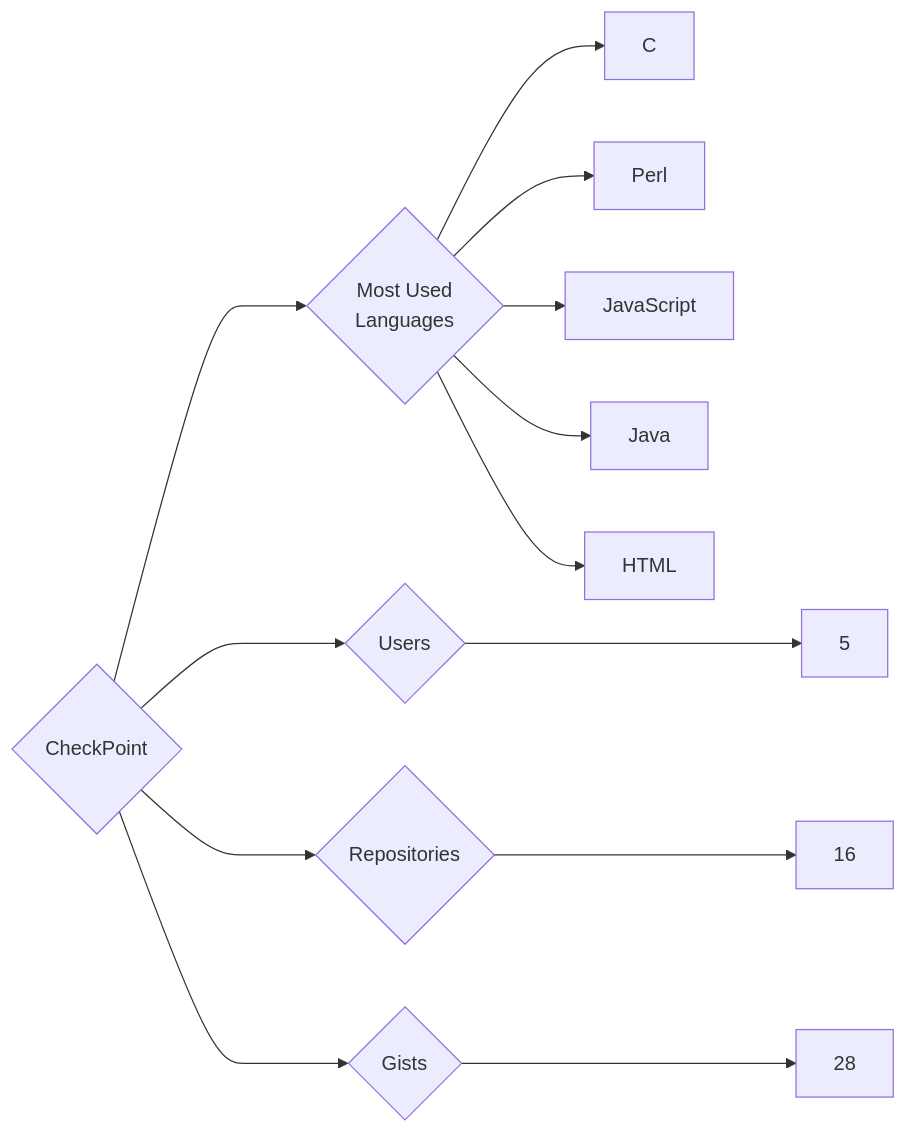
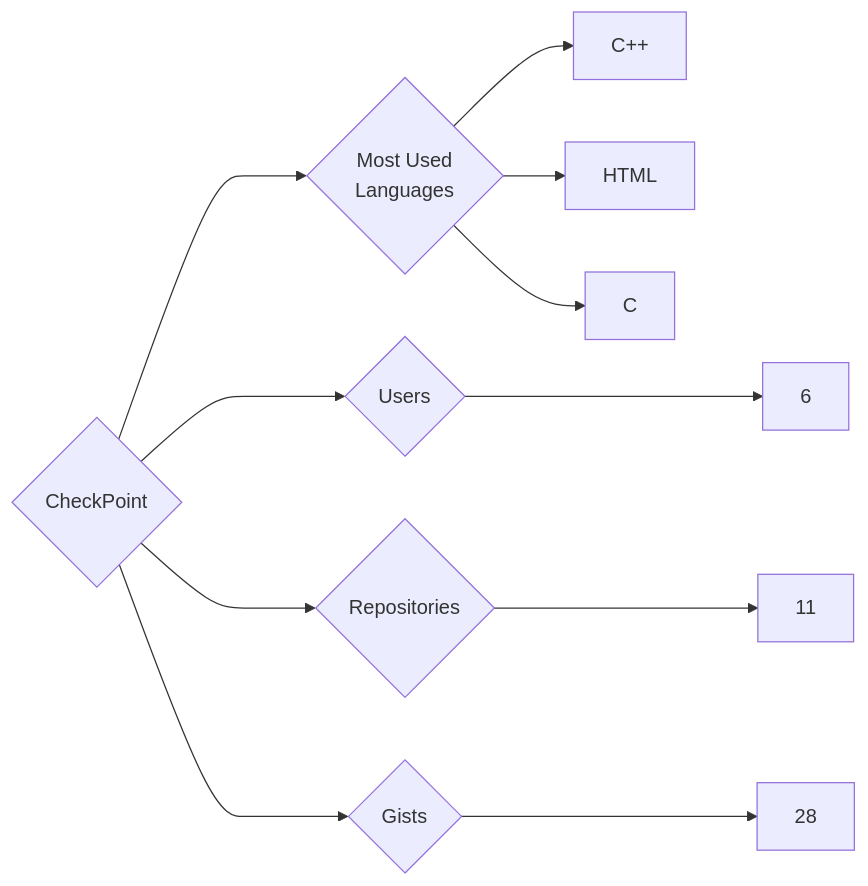
One commit to trickest/insiders changed the diagram in targets/CheckPoint/README.md. Above: the diagram before and after it, drawn with Mermaid. The commit also changed 1055 other files, not shown here.

````diff
--- a/targets/CheckPoint/README.md
+++ b/targets/CheckPoint/README.md
@@ -3,13 +3,11 @@
 ```mermaid
 graph LR
 COMPANY_NAME{CheckPoint}
-COMPANY_NAME ---> U{Users} ---> UN[5]
-COMPANY_NAME ---> R{Repositories} ---> RN[16]
+COMPANY_NAME ---> U{Users} ---> UN[6]
+COMPANY_NAME ---> R{Repositories} ---> RN[11]
 COMPANY_NAME ---> G{Gists} ---> GN[28]
 COMPANY_NAME ---> ML{Most Used<br>Languages}
+ML --> C++[C++]
+ML --> HTML[HTML]
 ML --> C[C]
-ML --> Perl[Perl]
-ML --> JavaScript[JavaScript]
-ML --> Java[Java]
-ML --> HTML[HTML]
 ```
````
